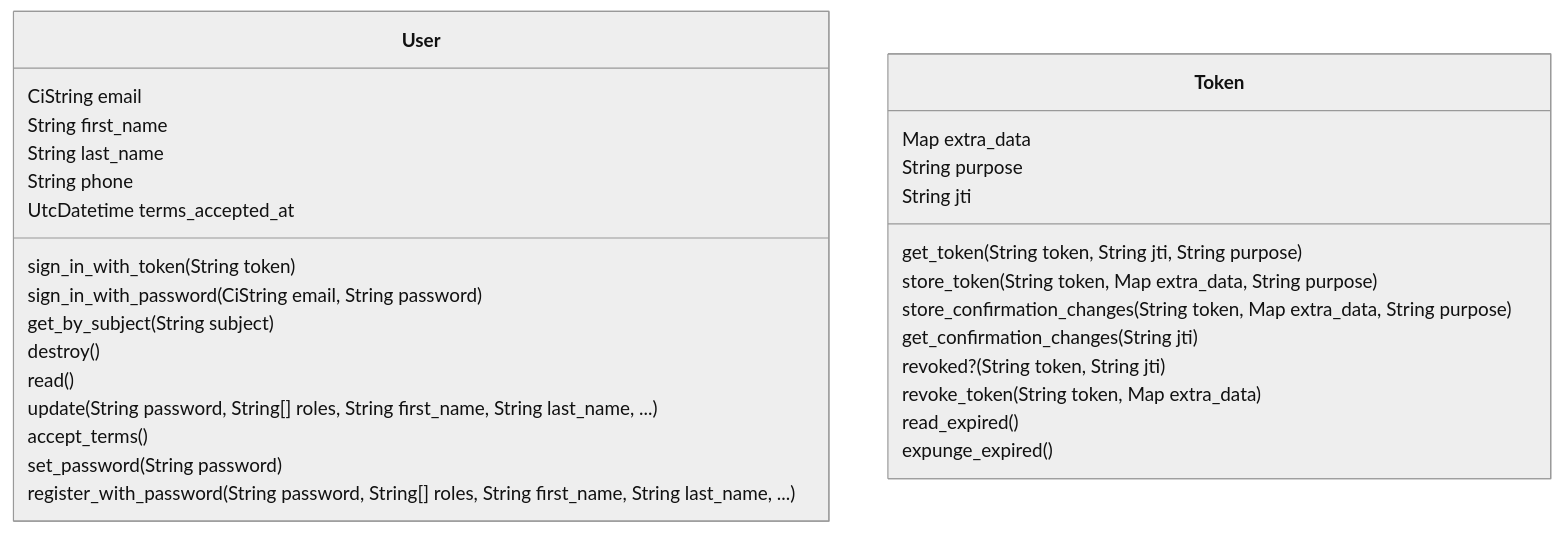
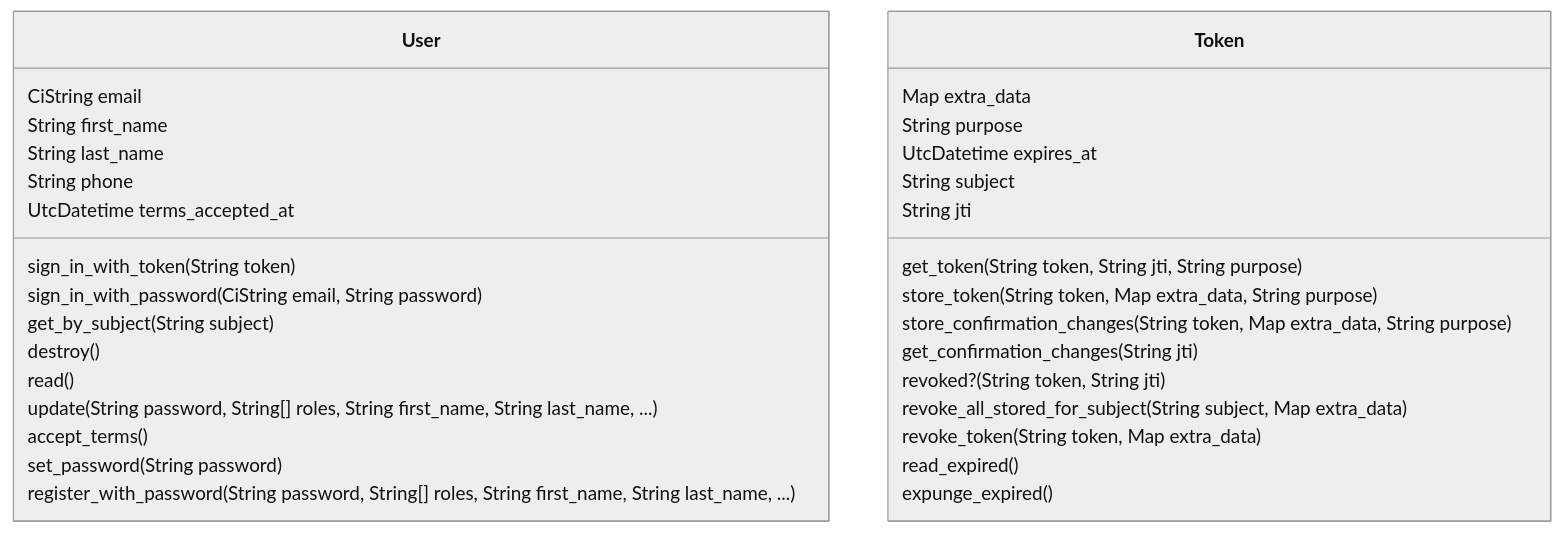
Before and after one commit to zebbra/data_aggregator: the diagram in lib/data_aggregator/accounts/accounts-mermaid-class-diagram.md, drawn with Mermaid (neutral theme). The commit also changed 55 other files, not shown here.

````diff
--- a/lib/data_aggregator/accounts/accounts-mermaid-class-diagram.md
+++ b/lib/data_aggregator/accounts/accounts-mermaid-class-diagram.md
@@ -1,35 +1,38 @@
 ```mermaid
 classDiagram
     class User {
         CiString email
         String first_name
         String last_name
         String phone
         UtcDatetime terms_accepted_at
         sign_in_with_token(String token)
         sign_in_with_password(CiString email, String password)
         get_by_subject(String subject)
         destroy()
         read()
         update(String password, String[] roles, String first_name, String last_name, ...)
         accept_terms()
         set_password(String password)
         register_with_password(String password, String[] roles, String first_name, String last_name, ...)
     }
     class Token {
         Map extra_data
         String purpose
+        UtcDatetime expires_at
+        String subject
         String jti
         get_token(String token, String jti, String purpose)
         store_token(String token, Map extra_data, String purpose)
         store_confirmation_changes(String token, Map extra_data, String purpose)
         get_confirmation_changes(String jti)
         revoked?(String token, String jti)
+        revoke_all_stored_for_subject(String subject, Map extra_data)
         revoke_token(String token, Map extra_data)
         read_expired()
         expunge_expired()
     }
 
 
 
 ```
````
